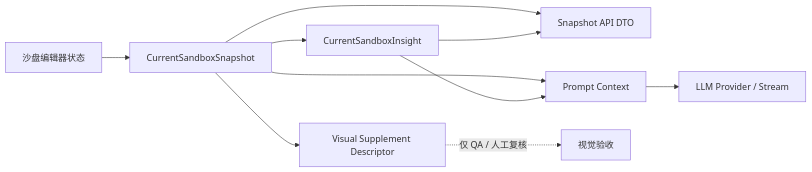
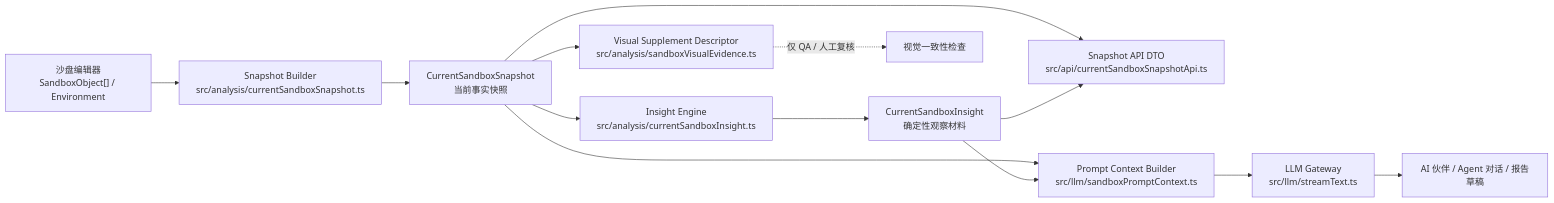
Before and after one commit to YangXiaoguang/psych-sandbox-2-5d-demo: the first of 2 diagrams in docs/ai-analysis-layer-technical-architecture.md, drawn with Mermaid. The commit also changed other lines of this file and 1 other file, not shown here.

Commit message:
docs: harden ai analysis architecture

````diff
--- a/docs/ai-analysis-layer-technical-architecture.md
+++ b/docs/ai-analysis-layer-technical-architecture.md
@@ -35,12 +29,15 @@
 ```mermaid
 flowchart LR
-  Editor["沙盘编辑器状态"] --> Snapshot["CurrentSandboxSnapshot"]
-  Snapshot --> Insight["CurrentSandboxInsight"]
-  Snapshot --> Api["Snapshot API DTO"]
-  Insight --> Api
-  Snapshot --> Prompt["Prompt Context"]
-  Insight --> Prompt
-  Prompt --> LLM["LLM Provider / Stream"]
-  Snapshot --> Visual["Visual Supplement Descriptor"]
-  Visual -. "仅 QA / 人工复核" .-> QA["视觉验收"]
+  Editor["沙盘编辑器<br/>SandboxObject[] / Environment"] --> SnapshotBuilder["Snapshot Builder<br/>src/analysis/currentSandboxSnapshot.ts"]
+  SnapshotBuilder --> Snapshot["CurrentSandboxSnapshot<br/>当前事实快照"]
+  Snapshot --> InsightEngine["Insight Engine<br/>src/analysis/currentSandboxInsight.ts"]
+  InsightEngine --> Insight["CurrentSandboxInsight<br/>确定性观察材料"]
+  Snapshot --> SnapshotApi["Snapshot API DTO<br/>src/api/currentSandboxSnapshotApi.ts"]
+  Insight --> SnapshotApi
+  Snapshot --> PromptBuilder["Prompt Context Builder<br/>src/llm/sandboxPromptContext.ts"]
+  Insight --> PromptBuilder
+  PromptBuilder --> LlmGateway["LLM Gateway<br/>src/llm/streamText.ts"]
+  LlmGateway --> UiConsumers["AI 伙伴 / Agent 对话 / 报告草稿"]
+  Snapshot --> VisualDescriptor["Visual Supplement Descriptor<br/>src/analysis/sandboxVisualEvidence.ts"]
+  VisualDescriptor -. "仅 QA / 人工复核" .-> VisualQa["视觉一致性检查"]
 ```
````
